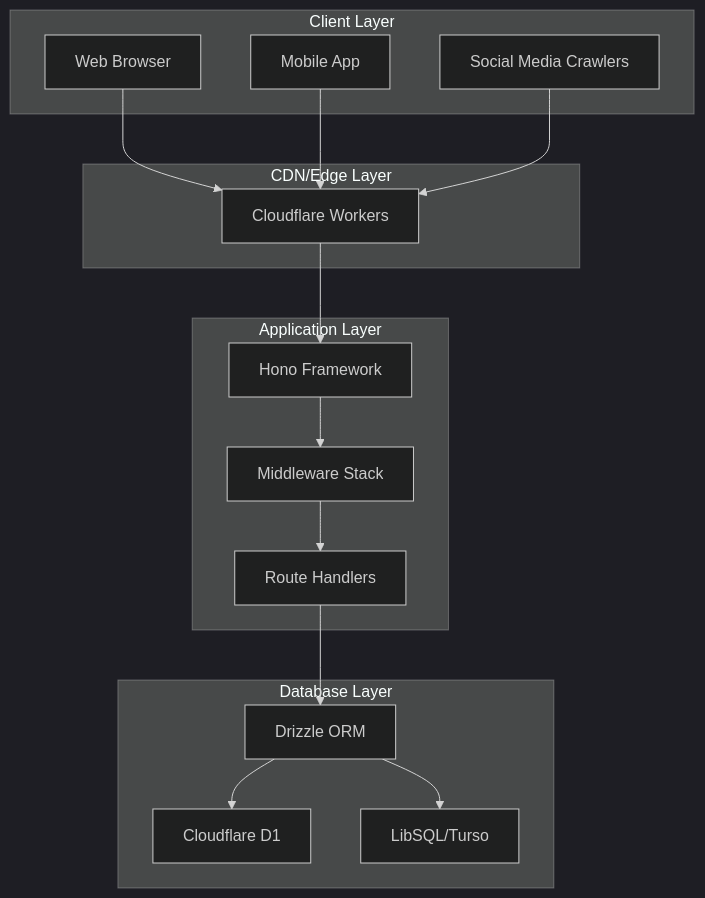
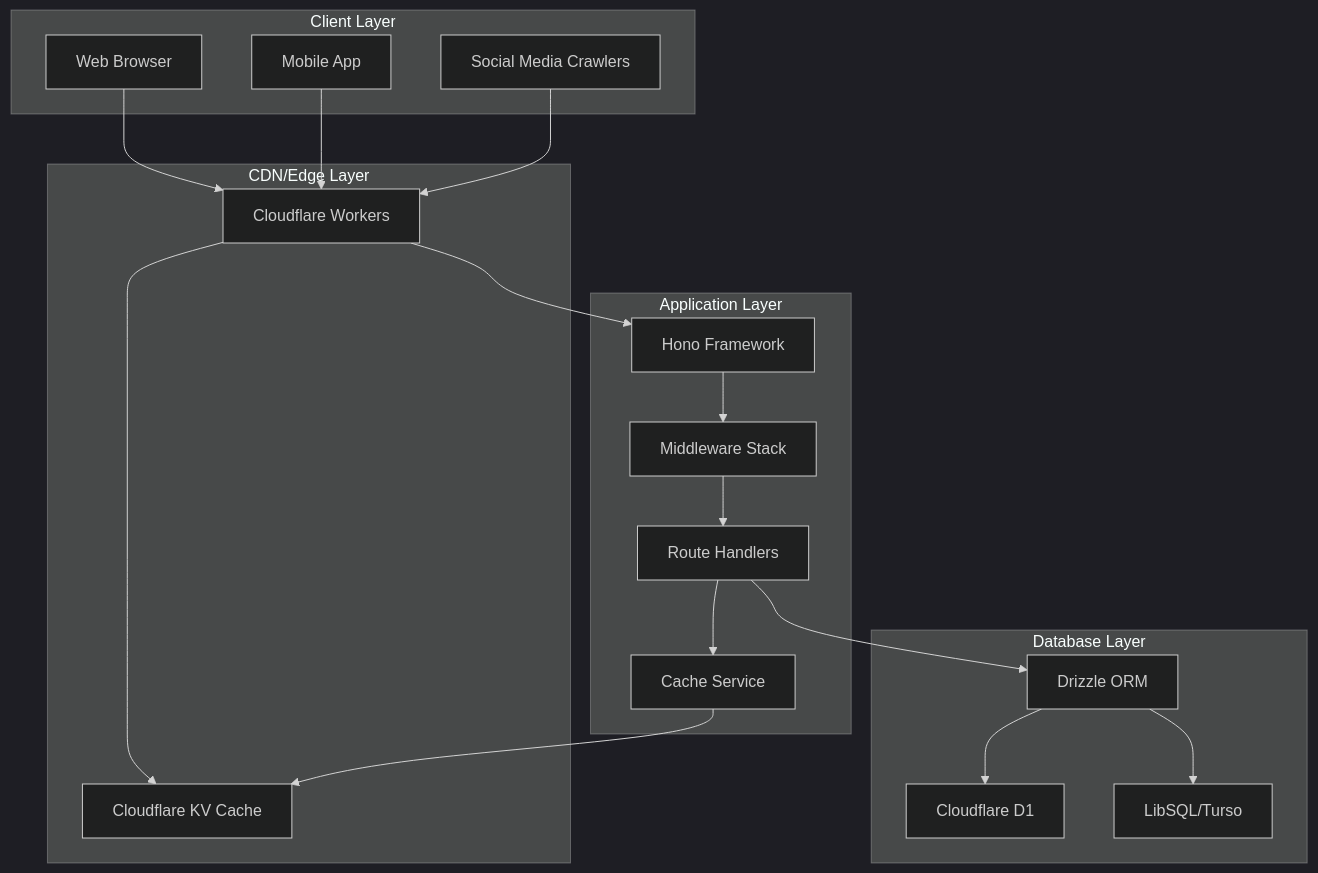
The diagram in README.md (WuChenDi/shortener), drawn with Mermaid (dark theme) before and after one commit. The commit also changed other lines of this file, not shown here.

First line of the commit message:
feat(shortener): implement Cloudflare KV caching and optimize hash generation

````diff
--- a/README.md
+++ b/README.md
@@ -34,30 +37,35 @@
 ```mermaid
 graph TB
     subgraph Client Layer
         A[Web Browser]
         B[Mobile App]
         C[Social Media Crawlers]
     end
     subgraph CDN/Edge Layer
         D[Cloudflare Workers]
+        E[Cloudflare KV Cache]
     end
     subgraph Application Layer
-        E[Hono Framework]
-        F[Middleware Stack]
-        G[Route Handlers]
+        F[Hono Framework]
+        G[Middleware Stack]
+        H[Route Handlers]
+        I[Cache Service]
     end
     subgraph Database Layer
-        H[Drizzle ORM]
-        I[Cloudflare D1]
-        J[LibSQL/Turso]
+        J[Drizzle ORM]
+        K[Cloudflare D1]
+        L[LibSQL/Turso]
     end
     A --> D
     B --> D
     C --> D
     D --> E
-    E --> F
+    D --> F
     F --> G
     G --> H
     H --> I
+    I --> E
     H --> J
+    J --> K
+    J --> L
 ```
````
